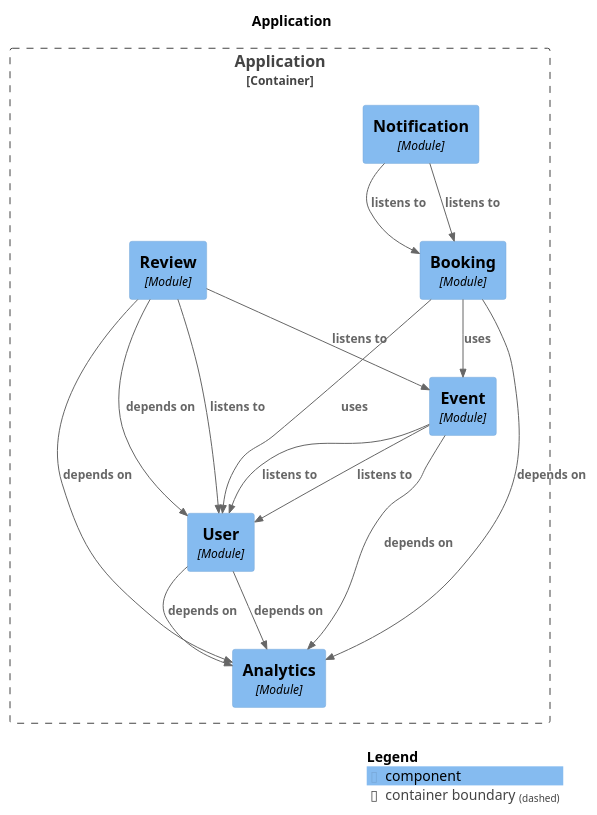
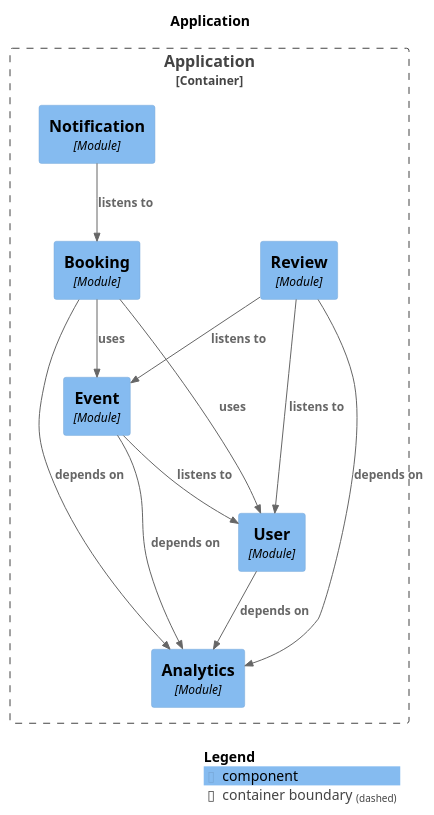
Before and after one commit to Spring-Boot-Microservices-2024/project: the diagram in documentation/components.puml, drawn with PlantUML. The commit also changed 3 other files, not shown here.

Commit message:
[update] pumba diagrams

```diff
--- a/documentation/components.puml
+++ b/documentation/components.puml
@@ -1,36 +1,32 @@
 @startuml
 set separator none
 title Application
 
 top to bottom direction
 
 !include <C4/C4>
 !include <C4/C4_Context>
 !include <C4/C4_Component>
 
 Container_Boundary("Application.Application_boundary", "Application", $tags="") {
   Component(Application.Application.Analytics, "Analytics", $techn="Module", $descr="", $tags="", $link="")
   Component(Application.Application.Notification, "Notification", $techn="Module", $descr="", $tags="", $link="")
   Component(Application.Application.Booking, "Booking", $techn="Module", $descr="", $tags="", $link="")
   Component(Application.Application.Review, "Review", $techn="Module", $descr="", $tags="", $link="")
   Component(Application.Application.Event, "Event", $techn="Module", $descr="", $tags="", $link="")
   Component(Application.Application.User, "User", $techn="Module", $descr="", $tags="", $link="")
 }
 
-Rel(Application.Application.Notification, Application.Application.Booking, "listens to", $techn="", $tags="", $link="")
-Rel(Application.Application.Review, Application.Application.Event, "listens to", $techn="", $tags="", $link="")
-Rel(Application.Application.Review, Application.Application.Analytics, "depends on", $techn="", $tags="", $link="")
-Rel(Application.Application.User, Application.Application.Analytics, "depends on", $techn="", $tags="", $link="")
-Rel(Application.Application.Event, Application.Application.User, "listens to", $techn="", $tags="", $link="")
-Rel(Application.Application.Event, Application.Application.Analytics, "depends on", $techn="", $tags="", $link="")
 Rel(Application.Application.Booking, Application.Application.Analytics, "depends on", $techn="", $tags="", $link="")
 Rel(Application.Application.Booking, Application.Application.Event, "uses", $techn="", $tags="", $link="")
 Rel(Application.Application.Booking, Application.Application.User, "uses", $techn="", $tags="", $link="")
+Rel(Application.Application.Event, Application.Application.User, "listens to", $techn="", $tags="", $link="")
+Rel(Application.Application.Event, Application.Application.Analytics, "depends on", $techn="", $tags="", $link="")
 Rel(Application.Application.User, Application.Application.Analytics, "depends on", $techn="", $tags="", $link="")
-Rel(Application.Application.Review, Application.Application.User, "depends on", $techn="", $tags="", $link="")
-Rel(Application.Application.Event, Application.Application.User, "listens to", $techn="", $tags="", $link="")
+Rel(Application.Application.Review, Application.Application.User, "listens to", $techn="", $tags="", $link="")
+Rel(Application.Application.Review, Application.Application.Event, "listens to", $techn="", $tags="", $link="")
+Rel(Application.Application.Review, Application.Application.Analytics, "depends on", $techn="", $tags="", $link="")
 Rel(Application.Application.Notification, Application.Application.Booking, "listens to", $techn="", $tags="", $link="")
-Rel(Application.Application.Review, Application.Application.User, "listens to", $techn="", $tags="", $link="")
 
 SHOW_LEGEND(true)
 @enduml
```
